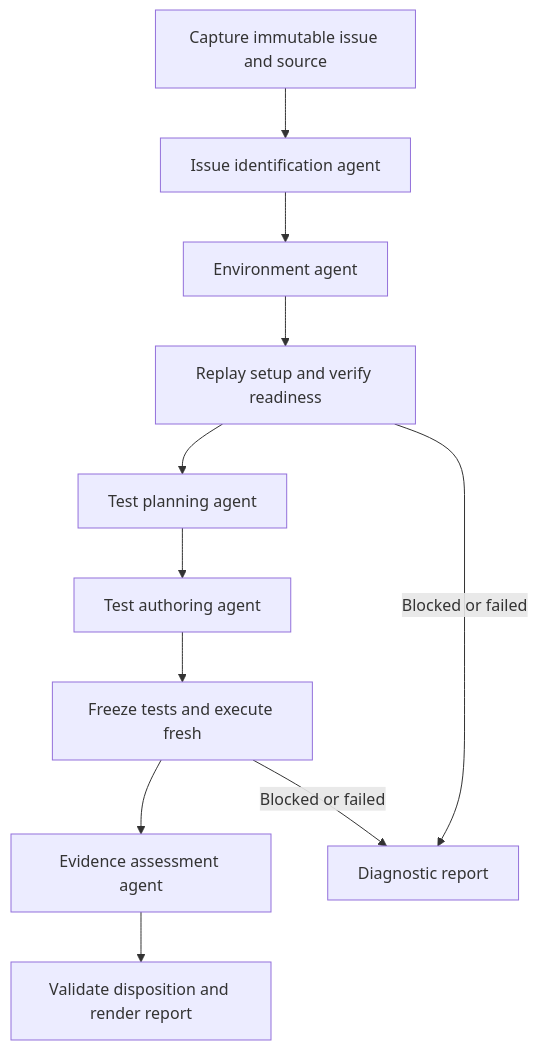
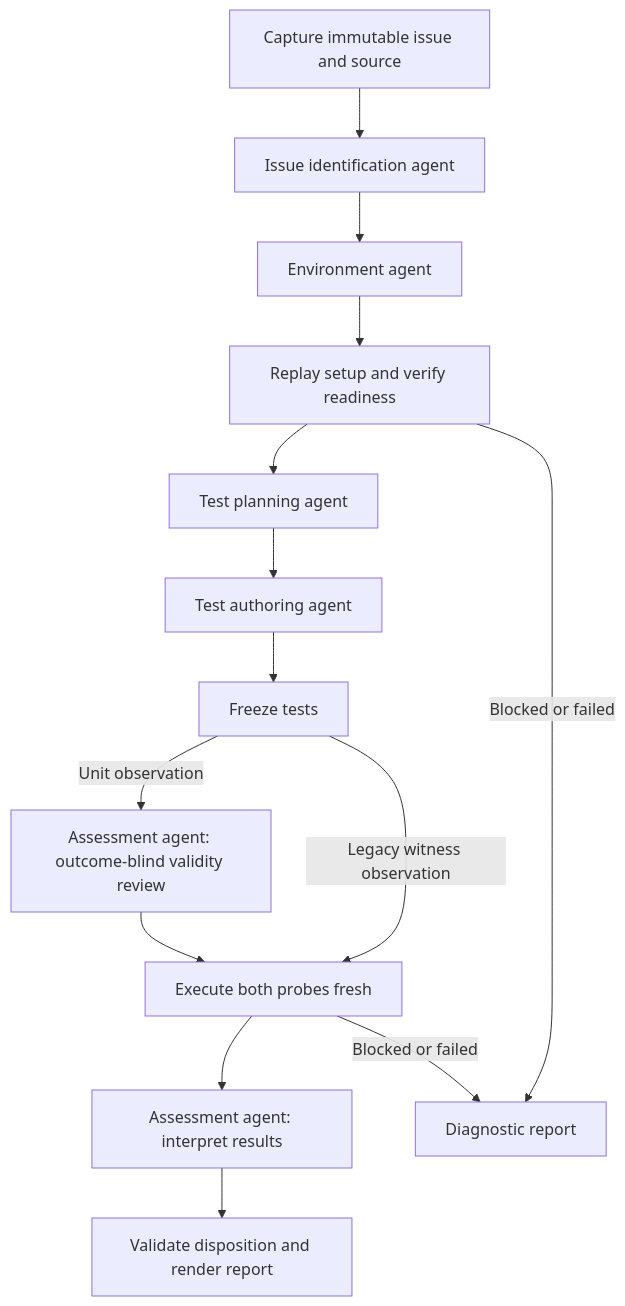
One commit to X-McKay/corsair changed the diagram in docs/architecture.md. Above: the diagram before and after it, drawn with Mermaid. The commit also changed other lines of this file and 52 other files, not shown here.

Commit message:
Separate frozen test validity review from execution assessment

````diff
--- a/docs/architecture.md
+++ b/docs/architecture.md
@@ -7,13 +7,16 @@
 ```mermaid
 flowchart TD
     A[Capture immutable issue and source] --> B[Issue identification agent]
     B --> C[Environment agent]
     C --> D[Replay setup and verify readiness]
     D --> E[Test planning agent]
     E --> F[Test authoring agent]
-    F --> G[Freeze tests and execute fresh]
-    G --> H[Evidence assessment agent]
+    F --> K[Freeze tests]
+    K -->|Unit observation| L[Assessment agent: outcome-blind validity review]
+    L --> G[Execute both probes fresh]
+    K -->|Legacy witness observation| G
+    G --> H[Assessment agent: interpret results]
     H --> I[Validate disposition and render report]
     D -->|Blocked or failed| J[Diagnostic report]
     G -->|Blocked or failed| J
 ```
````
